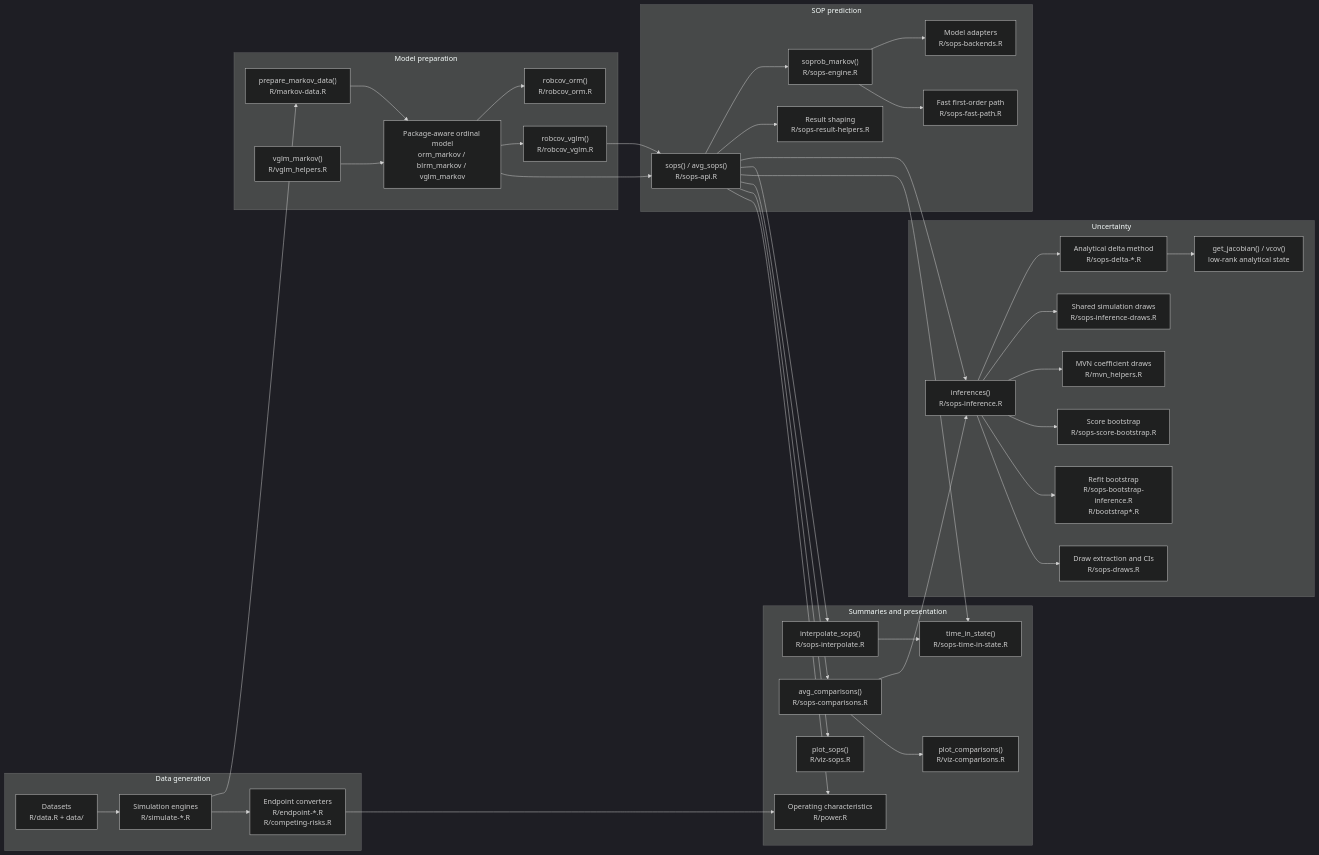
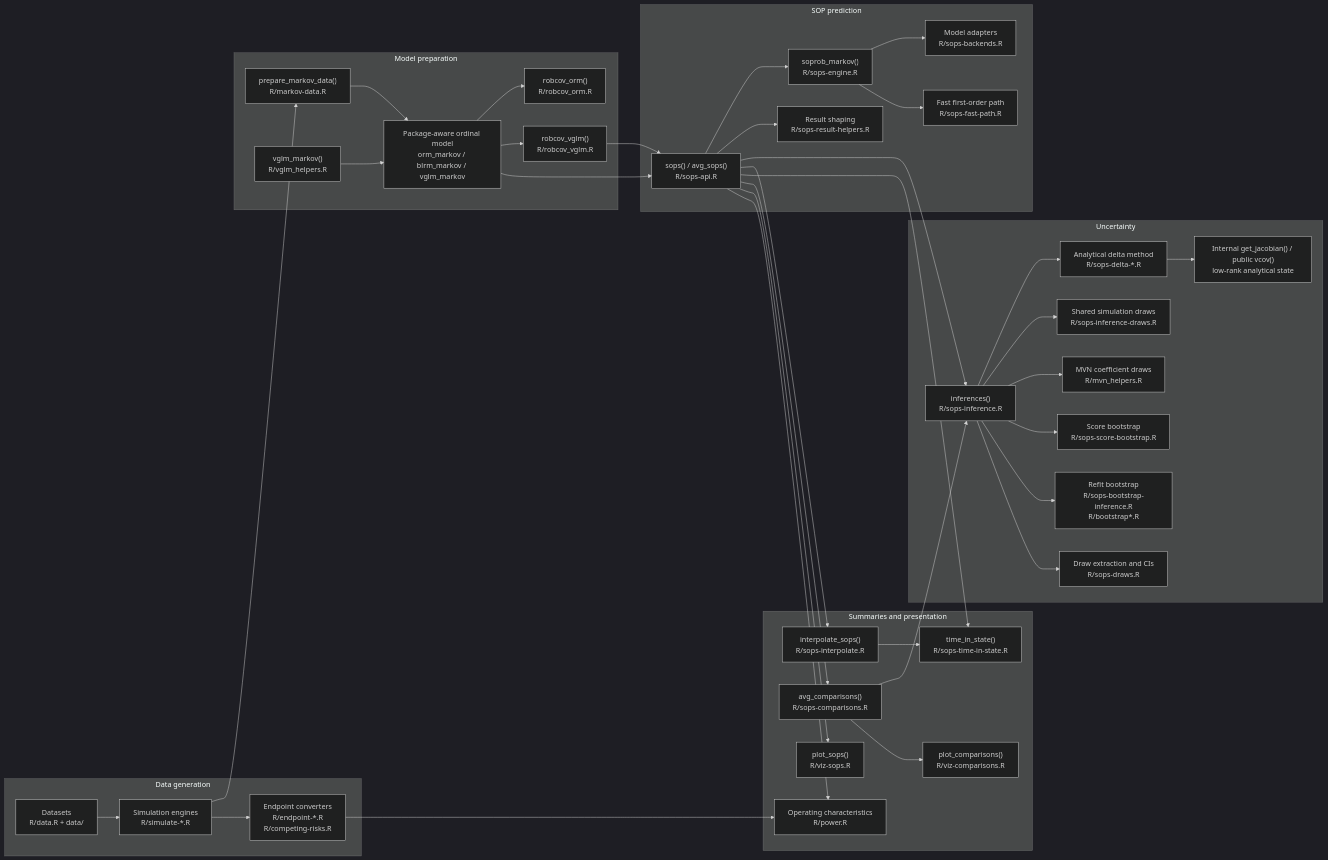
The first of 7 diagrams in ARCHITECTURE.md (scjohannes/markov.misc), drawn with Mermaid (dark theme) before and after one commit. The commit also changed other lines of this file and 12 other files, not shown here.

Commit message:
// Keep analytical Jacobian inspection internal (ACI-12)

````diff
--- a/ARCHITECTURE.md
+++ b/ARCHITECTURE.md
@@ -28,75 +28,75 @@
 ```mermaid
 flowchart LR
   subgraph "Data generation"
     SIM["Simulation engines<br/>R/simulate-*.R"]
     BASE["Datasets<br/>R/data.R + data/"]
     ENDPOINT_IN["Endpoint converters<br/>R/endpoint-*.R<br/>R/competing-risks.R"]
   end
 
   subgraph "Model preparation"
     PREP["prepare_markov_data()<br/>R/markov-data.R"]
     FIT["Package-aware ordinal model<br/>orm_markov / blrm_markov / vglm_markov"]
     ORM_ROB["robcov_orm()<br/>R/robcov_orm.R"]
     VGLM_FIT["vglm_markov()<br/>R/vglm_helpers.R"]
     ROB["robcov_vglm()<br/>R/robcov_vglm.R"]
   end
 
   subgraph "SOP prediction"
     API["sops() / avg_sops()<br/>R/sops-api.R"]
     BACKENDS["Model adapters<br/>R/sops-backends.R"]
     ENGINE["soprob_markov()<br/>R/sops-engine.R"]
     FAST["Fast first-order path<br/>R/sops-fast-path.R"]
     RESULT["Result shaping<br/>R/sops-result-helpers.R"]
   end
 
   subgraph "Uncertainty"
     INF["inferences()<br/>R/sops-inference.R"]
     DELTA["Analytical delta method<br/>R/sops-delta-*.R"]
-    DELTA_ACCESS["get_jacobian() / vcov()<br/>low-rank analytical state"]
+    DELTA_ACCESS["Internal get_jacobian() / public vcov()<br/>low-rank analytical state"]
     MVN["MVN coefficient draws<br/>R/mvn_helpers.R"]
     SCORE["Score bootstrap<br/>R/sops-score-bootstrap.R"]
     SIM_DRAWS["Shared simulation draws<br/>R/sops-inference-draws.R"]
     REFIT["Refit bootstrap<br/>R/sops-bootstrap-inference.R<br/>R/bootstrap*.R"]
     DRAWS["Draw extraction and CIs<br/>R/sops-draws.R"]
   end
 
   subgraph "Summaries and presentation"
     TIS["time_in_state()<br/>R/sops-time-in-state.R"]
     COMP["avg_comparisons()<br/>R/sops-comparisons.R"]
     INT["interpolate_sops()<br/>R/sops-interpolate.R"]
     PLOT["plot_sops()<br/>R/viz-sops.R"]
     PLOT_COMP["plot_comparisons()<br/>R/viz-comparisons.R"]
     OC["Operating characteristics<br/>R/power.R"]
   end
 
   SIM --> PREP
   BASE --> SIM
   SIM --> ENDPOINT_IN
   PREP --> FIT
   VGLM_FIT --> FIT
   FIT --> ORM_ROB
   FIT --> ROB
   FIT --> API
   ROB --> API
   API --> ENGINE
   API --> RESULT
   ENGINE --> BACKENDS
   ENGINE --> FAST
   API --> INF
   INF --> DELTA
   DELTA --> DELTA_ACCESS
   INF --> SIM_DRAWS
   INF --> MVN
   INF --> SCORE
   INF --> REFIT
   INF --> DRAWS
   API --> INT
   API --> TIS
   API --> COMP
   COMP --> INF
   INT --> TIS
   API --> PLOT
   COMP --> PLOT_COMP
   ENDPOINT_IN --> OC
   API --> OC
 ```
````
